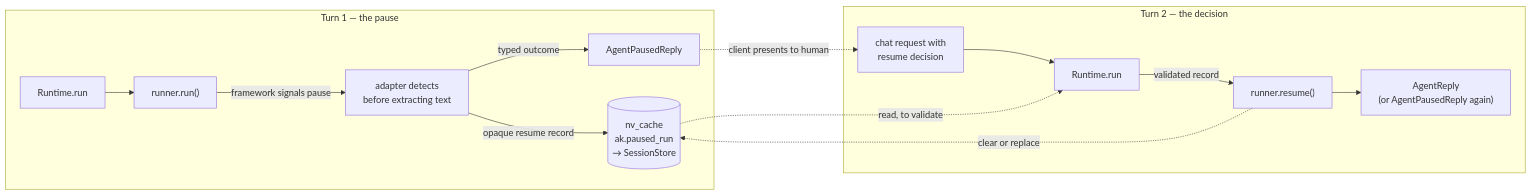
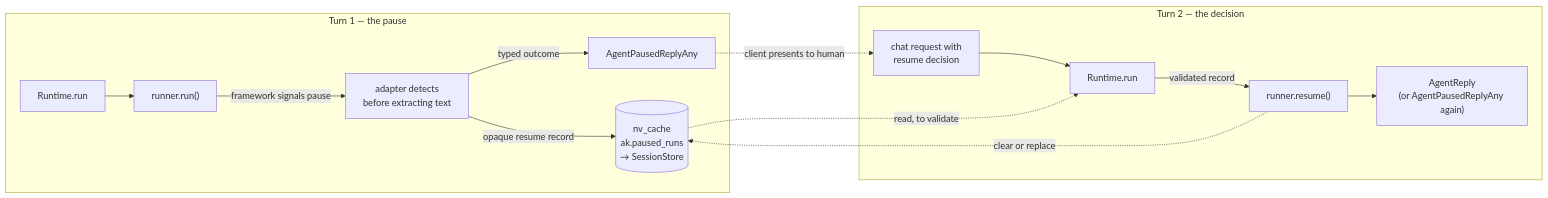
One commit to yaalalabs/agent-kernel changed the diagram in docs/specs/606-human-in-the-loop/design.md. Above: the diagram before and after it, drawn with Mermaid. The commit also changed other lines of this file, not shown here.

````diff
--- a/docs/specs/606-human-in-the-loop/design.md
+++ b/docs/specs/606-human-in-the-loop/design.md
@@ -73,19 +74,19 @@
 ```mermaid
 graph LR
     subgraph Turn1["Turn 1 — the pause"]
         R1["Runtime.run"] --> RUN["runner.run()"]
         RUN -->|framework signals pause| DET["adapter detects<br/>before extracting text"]
-        DET -->|opaque resume record| SESS[("nv_cache<br/>ak.paused_run<br/>→ SessionStore")]
-        DET -->|typed outcome| REPLY["AgentPausedReply"]
+        DET -->|opaque resume record| SESS[("nv_cache<br/>ak.paused_runs<br/>→ SessionStore")]
+        DET -->|typed outcome| REPLY["AgentPausedReplyAny"]
     end
 
     subgraph Turn2["Turn 2 — the decision"]
         REQ["chat request with<br/>resume decision"] --> R2["Runtime.run"]
         SESS -.->|read, to validate| R2
         R2 -->|validated record| RES["runner.resume()"]
         RES -.->|clear or replace| SESS
-        RES --> OUT["AgentReply<br/>(or AgentPausedReply again)"]
+        RES --> OUT["AgentReply<br/>(or AgentPausedReplyAny again)"]
     end
 
     REPLY -.->|client presents to human| REQ
 ```
````
